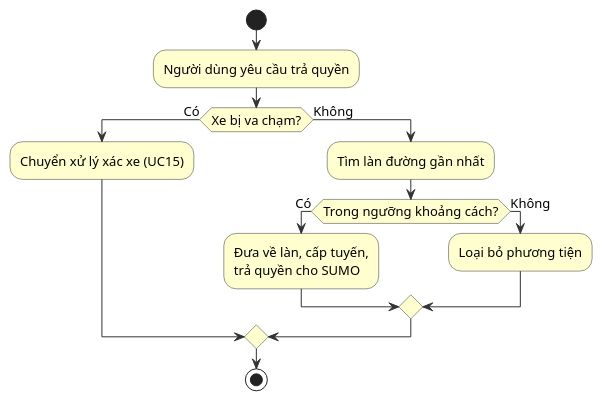
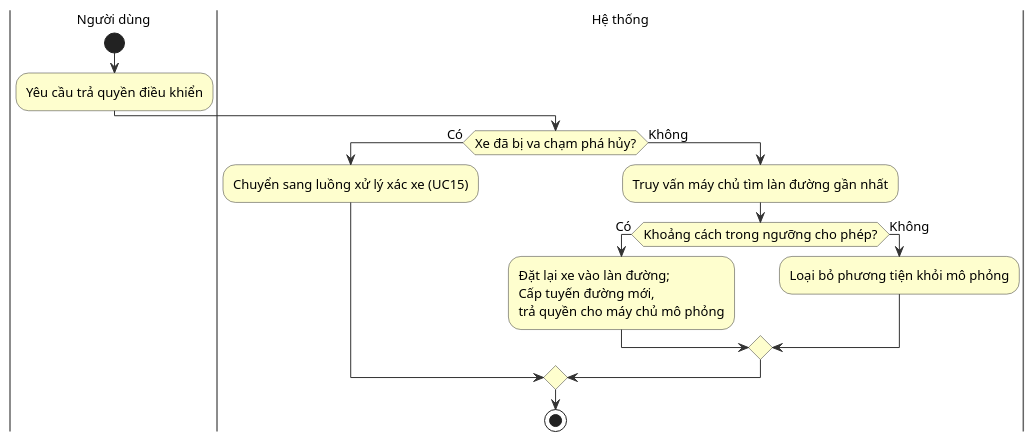
Before and after one commit to MinhHoang137/SUMO-GR1: the diagram in DiagramsCode/hinh2.9-hoat-dong-uc14.puml, drawn with PlantUML. The commit also changed 4 other files, not shown here.

```diff
--- a/DiagramsCode/hinh2.9-hoat-dong-uc14.puml
+++ b/DiagramsCode/hinh2.9-hoat-dong-uc14.puml
@@ -1,27 +1,30 @@
 @startuml hinh2.9-hoat-dong-uc14
 skinparam defaultFontName Arial
 skinparam defaultFontSize 13
 skinparam ActivityBackgroundColor #FEFECE
 skinparam ActivityBorderColor #333333
 skinparam ArrowColor #333333
 skinparam ActivityDiamondBackgroundColor #FEFECE
 skinparam ActivityDiamondBorderColor #333333
+skinparam SwimlaneBorderColor #666666
+skinparam SwimlaneTitleFontSize 13
 
+|Người dùng|
 start
+:Yêu cầu trả quyền điều khiển;
 
-:Người dùng yêu cầu trả quyền;
-
-if (Xe bị va chạm?) then (Có)
-  :Chuyển xử lý xác xe (UC15);
+|Hệ thống|
+if (Xe đã bị va chạm phá hủy?) then (Có)
+  :Chuyển sang luồng xử lý xác xe (UC15);
 else (Không)
-  :Tìm làn đường gần nhất;
-  if (Trong ngưỡng khoảng cách?) then (Có)
-    :Đưa về làn, cấp tuyến,\ntrả quyền cho SUMO;
+  :Truy vấn máy chủ tìm làn đường gần nhất;
+  if (Khoảng cách trong ngưỡng cho phép?) then (Có)
+    :Đặt lại xe vào làn đường;\nCấp tuyến đường mới,\ntrả quyền cho máy chủ mô phỏng;
   else (Không)
-    :Loại bỏ phương tiện;
+    :Loại bỏ phương tiện khỏi mô phỏng;
   endif
 endif
 
 stop
 
 @enduml
```
